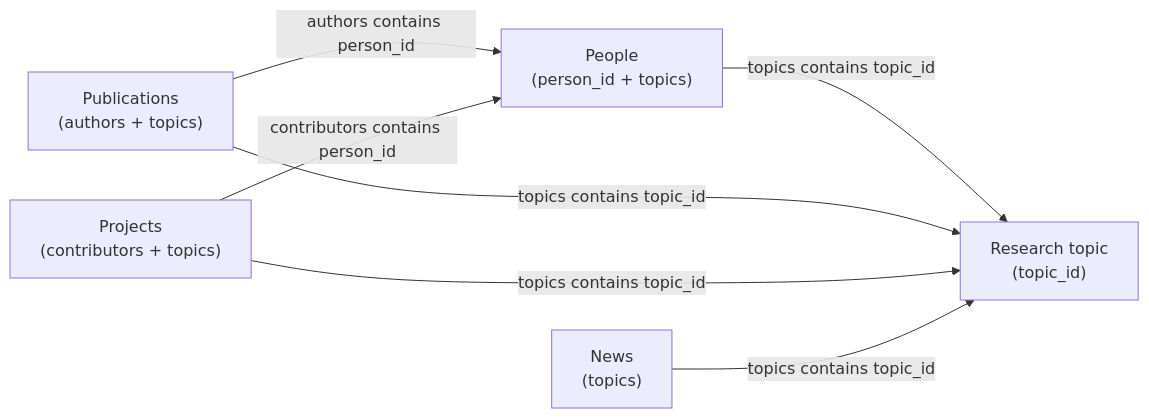
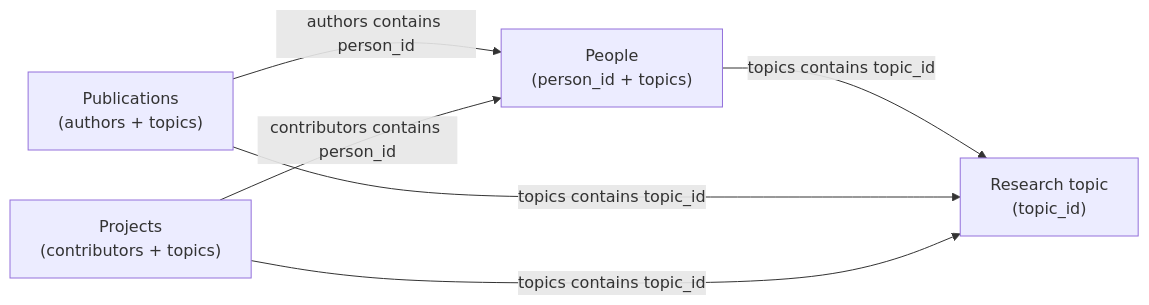
Before and after one commit to JasonGUTU/vision-insait.github.io: the diagram in README.md, drawn with Mermaid. The commit also changed other lines of this file and 38 other files, not shown here.

````diff
--- a/README.md
+++ b/README.md
@@ -36,15 +36,12 @@
 ```mermaid
 flowchart LR
   RT["Research topic\n(topic_id)"]
   P["People\n(person_id + topics)"]
   Pub["Publications\n(authors + topics)"]
   Proj["Projects\n(contributors + topics)"]
-  N["News\n(topics)"]
-
   P -->|topics contains topic_id| RT
   Pub -->|topics contains topic_id| RT
   Proj -->|topics contains topic_id| RT
-  N -->|topics contains topic_id| RT
   Pub -->|authors contains person_id| P
   Proj -->|contributors contains person_id| P
 ```
````
